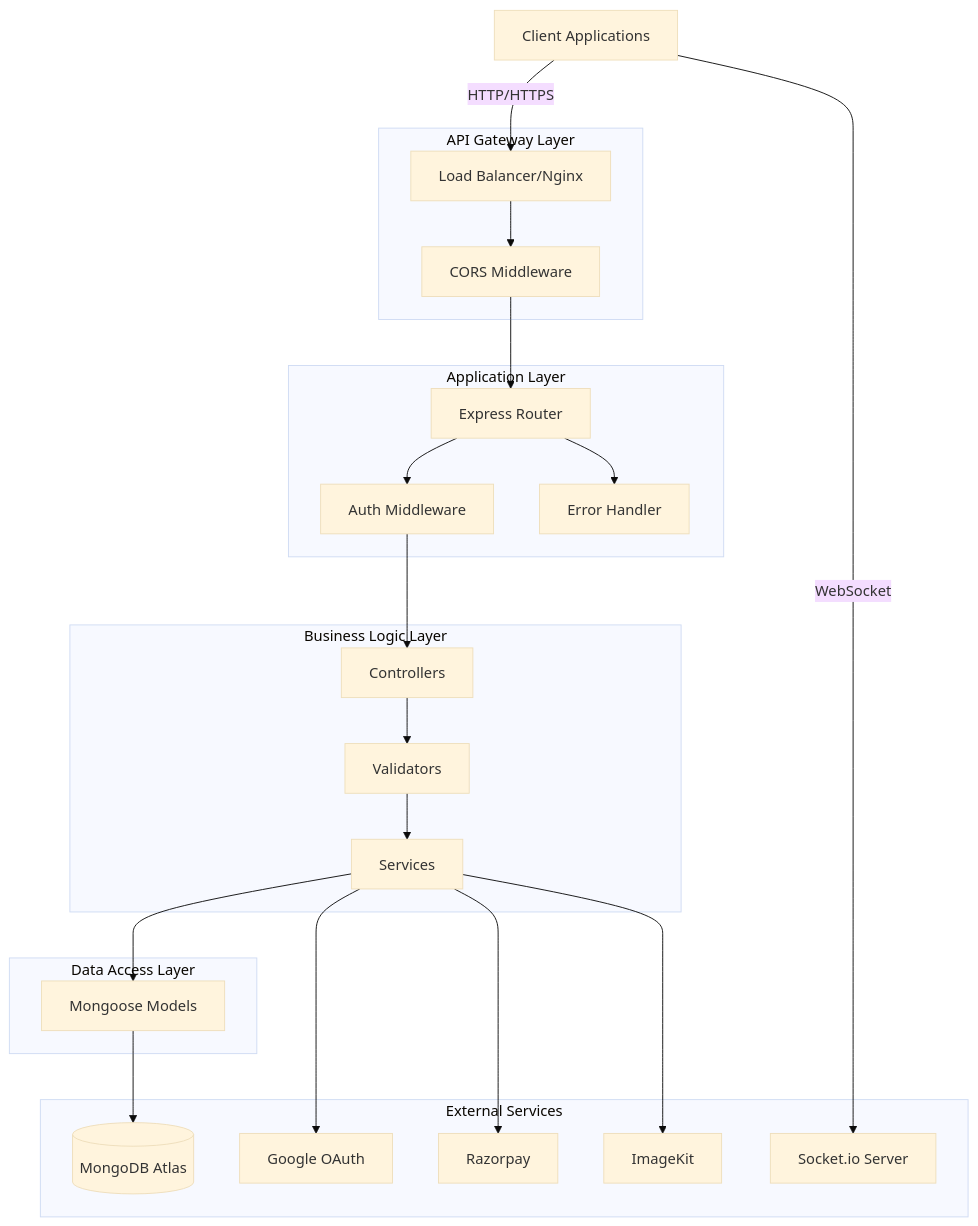
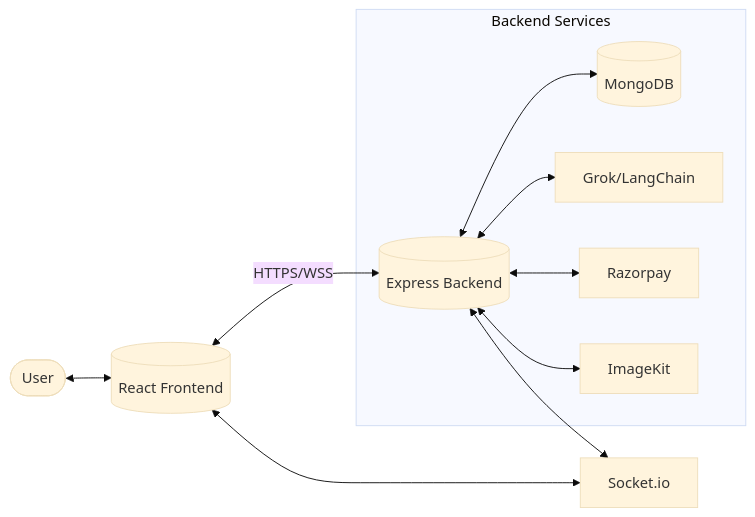
Before and after one commit to kartik7310/Connexto: the first of 2 diagrams in README.md, drawn with Mermaid (base theme). The commit also changed other lines of this file and 5 other files, not shown here.

````diff
--- a/README.md
+++ b/README.md
@@ -39,48 +41,15 @@
 ```mermaid
-graph TB
-    Client[Client Applications]
+graph LR
+    User([User]) <--> Client[(React Frontend)]
+    Client <-->|HTTPS/WSS| API[(Express Backend)]
     
-    subgraph "API Gateway Layer"
-        LB[Load Balancer/Nginx]
-        CORS[CORS Middleware]
+    subgraph "Backend Services"
+        API <--> DB[(MongoDB)]
+        API <--> AI[Grok/LangChain]
+        API <--> Pay[Razorpay]
+        API <--> Media[ImageKit]
     end
     
-    subgraph "Application Layer"
-        Router[Express Router]
-        Auth[Auth Middleware]
-        ErrorHandler[Error Handler]
-    end
-    
-    subgraph "Business Logic Layer"
-        Controllers[Controllers]
-        Services[Services]
-        Validators[Validators]
-    end
-    
-    subgraph "Data Access Layer"
-        Models[Mongoose Models]
-    end
-    
-    subgraph "External Services"
-        DB[(MongoDB Atlas)]
-        Socket[Socket.io Server]
-        OAuth[Google OAuth]
-        Payment[Razorpay]
-        Media[ImageKit]
-    end
-    
-    Client -->|HTTP/HTTPS| LB
-    Client -->|WebSocket| Socket
-    LB --> CORS
-    CORS --> Router
-    Router --> Auth
-    Auth --> Controllers
-    Controllers --> Validators
-    Validators --> Services
-    Services --> Models
-    Models --> DB
-    Services --> OAuth
-    Services --> Payment
-    Services --> Media
-    Router --> ErrorHandler
+    API <--> Socket[Socket.io]
+    Socket <--> Client
 ```
````
